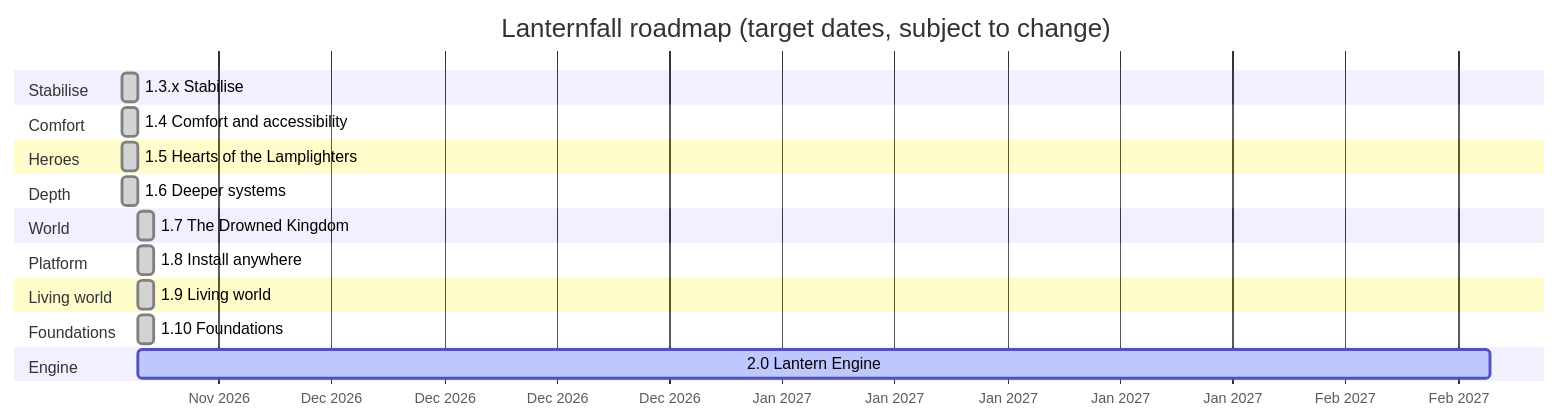
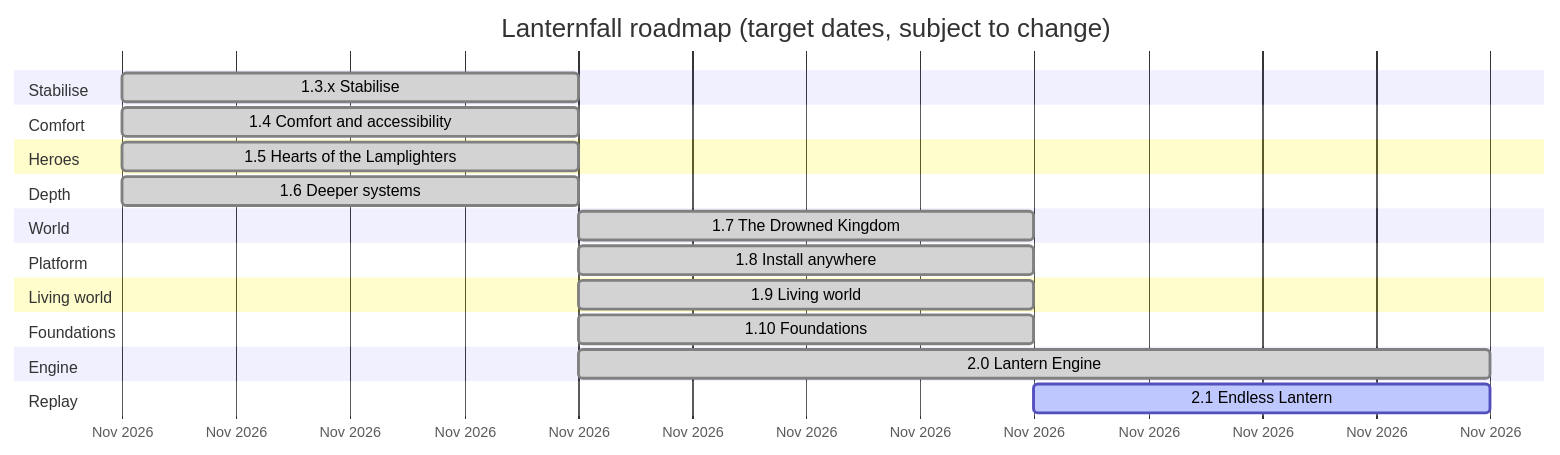
One commit to CptNope/Laternfall changed the third of 12 diagrams in ROADMAP.md. Above: the diagram before and after it, drawn with Mermaid. The commit also changed other lines of this file and 25 other files, not shown here.

````diff
--- a/ROADMAP.md
+++ b/ROADMAP.md
@@ -99,24 +99,26 @@
 ```mermaid
 gantt
     title Lanternfall roadmap (target dates, subject to change)
     dateFormat YYYY-MM-DD
     axisFormat %b %Y
     section Stabilise
     1.3.x Stabilise                  :done, m13, 2026-11-23, 1d
     section Comfort
     1.4 Comfort and accessibility    :done, m14, 2026-11-23, 1d
     section Heroes
     1.5 Hearts of the Lamplighters   :done, m15, 2026-11-23, 1d
     section Depth
     1.6 Deeper systems               :done, m16, 2026-11-23, 1d
     section World
     1.7 The Drowned Kingdom          :done, m17, 2026-11-24, 1d
     section Platform
     1.8 Install anywhere             :done, m18, 2026-11-24, 1d
     section Living world
     1.9 Living world                 :done, m19, 2026-11-24, 1d
     section Foundations
     1.10 Foundations                 :done, m110, 2026-11-24, 1d
     section Engine
-    2.0 Lantern Engine               :active, m20, 2026-11-24, 12w
+    2.0 Lantern Engine               :done, m20, 2026-11-24, 2d
+    section Replay
+    2.1 Endless Lantern              :active, m21, 2026-11-25, 1d
 ```
````
